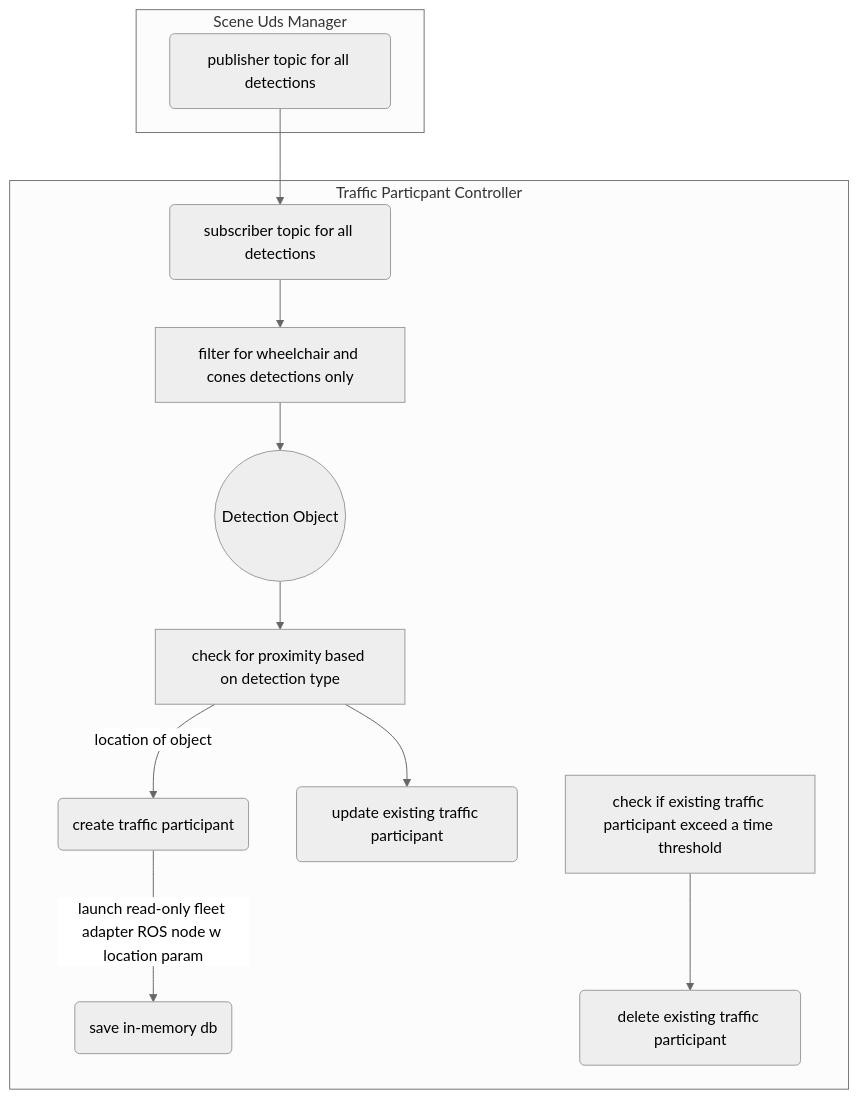
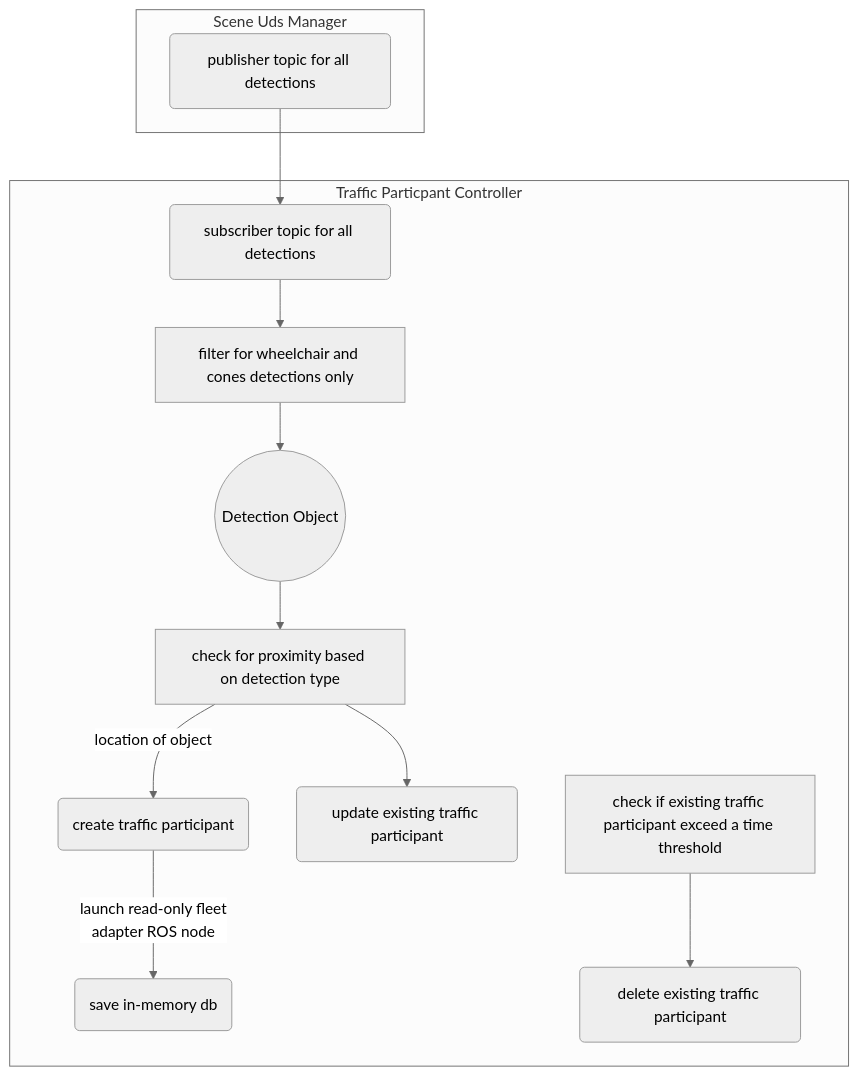
One commit to mxgrey/su_traffic_participant changed the diagram in README.md. Above: the diagram before and after it, drawn with Mermaid (neutral theme).

````diff
--- a/README.md
+++ b/README.md
@@ -5,19 +5,20 @@
 ```mermaid
 graph TB
 
   Publisher --> Subscriber
   subgraph "Scene Uds Manager"
   Publisher(publisher topic for all detections)
   end
 
   subgraph "Traffic Particpant Controller"
   Subscriber(subscriber topic for all detections)
   Subscriber --> FindClass[filter for wheelchair and cones detections only] --> Detection((Detection Object))
   Detection --> Proximity[check for proximity based on detection type]
   Proximity -- location of object --> Create(create traffic participant)
-  Create -- launch read-only fleet adapter ROS node w location param --> Save(save in-memory db)
+  Create -- launch read-only fleet 
+  adapter ROS node --> Save(save in-memory db)
   Proximity --> Update(update existing traffic participant)
   CountdownTimer[check if existing traffic participant exceed a time threshold] --> Delete(delete existing traffic participant)
 
 end
 ```
````
